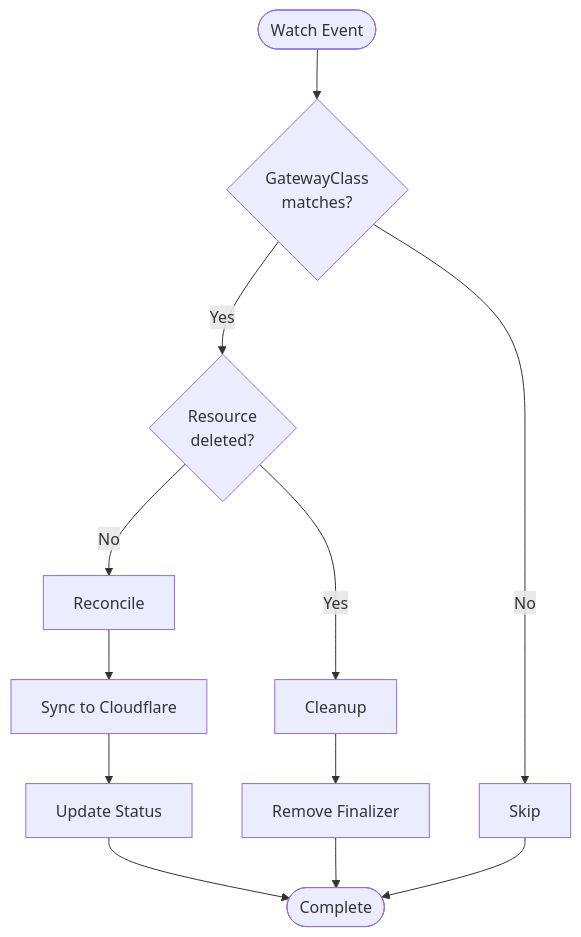
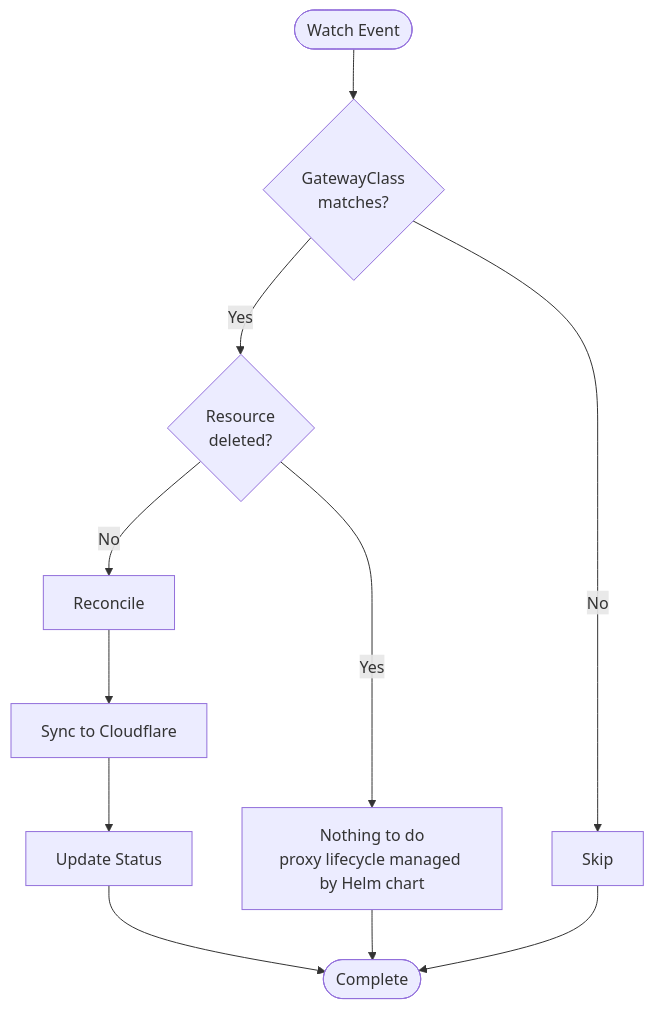
The fifth of 7 diagrams in docs/development/architecture.md (lexfrei/cloudflare-tunnel-gateway-controller), drawn with Mermaid before and after one commit. The commit also changed other lines of this file and 35 other files, not shown here.

````diff
--- a/docs/development/architecture.md
+++ b/docs/development/architecture.md
@@ -207,18 +207,16 @@
 ```mermaid
 flowchart TB
     START([Watch Event]) --> CHECK{GatewayClass<br/>matches?}
     CHECK -->|No| SKIP[Skip]
     CHECK -->|Yes| DELETED{Resource<br/>deleted?}
 
-    DELETED -->|Yes| CLEANUP[Cleanup]
+    DELETED -->|Yes| GONE[Nothing to do<br/>proxy lifecycle managed by Helm chart]
     DELETED -->|No| RECONCILE[Reconcile]
 
     RECONCILE --> SYNC[Sync to Cloudflare]
     SYNC --> STATUS[Update Status]
 
-    CLEANUP --> FINALIZER[Remove Finalizer]
-
     STATUS --> END([Complete])
-    FINALIZER --> END
+    GONE --> END
     SKIP --> END
 ```
````
